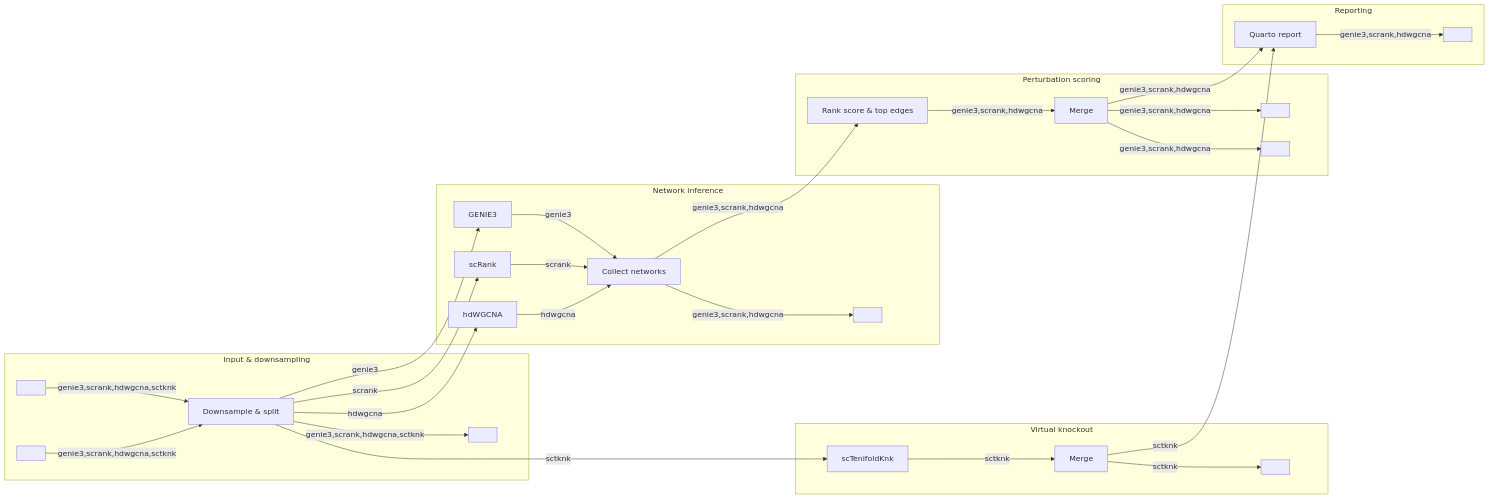
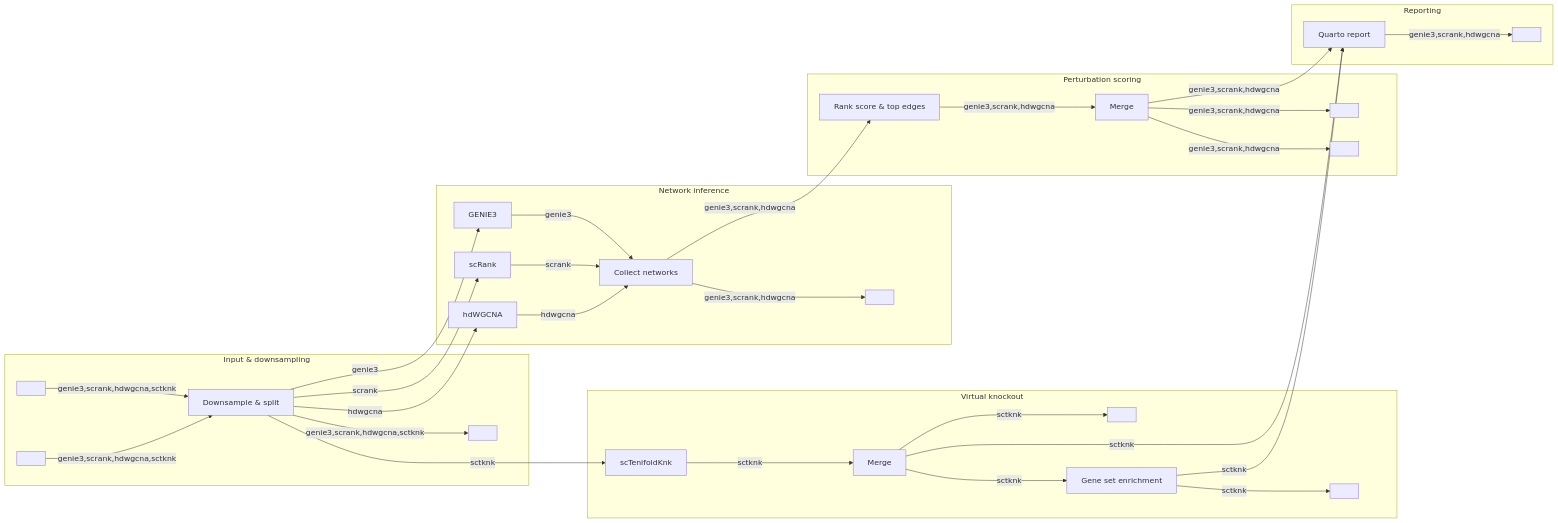
The diagram in docs/netperturb_metro.mmd (MCBLab/NetPerturb), drawn with Mermaid before and after one commit. The commit also changed 25 other files, not shown here.

```diff
--- a/docs/netperturb_metro.mmd
+++ b/docs/netperturb_metro.mmd
@@ -1,132 +1,142 @@
 %%metro title: MCBLab/NetPerturb
 %%metro style: dark
 %%metro legend: bl
 %%metro compact_offsets: true
 
 %% genie3/scrank/hdwgcna are the --network methods and are mutually
 %% exclusive: a run rides exactly one of them end to end. sctknk is not one
 %% of them -- it is its own line, switched on with --sctknk, and runs either
 %% alone (terminating at sctknk_txt) or in parallel with one of the other
-%% three (additionally transferring into that run's report -- the dashed
-%% segment below).
+%% three (additionally transferring into that run's report -- the segment at
+%% the bottom). Its enrichment station runs only when --gsea_gmt is given.
 %%metro line: genie3  | --network genie3            (GENIE3)         | #2db572
 %%metro line: scrank  | --network scrank            (scRank)         | #e6550d
 %%metro line: hdwgcna | --network hdwgcna           (hdWGCNA)        | #756bb1
 %%metro line: sctknk  | --sctknk                    (scTenifoldKnk)  | #0570b0
 
 %% Pipeline inputs (--obj, --target) and published outputs
 %%metro file:  obj_in      | RDS  | --obj
 %%metro file:  targets_in  | TXT  | --target
 %%metro files: net_rds     | RDS  | Network weights
 %%metro file:  score_txt   | TXT  | Scores
 %%metro file:  conn_txt    | TXT  | Top connections
 %%metro file:  sctknk_txt  | TXT  | DR genes
+%%metro file:  gsea_txt    | TXT  | GSEA
 %%metro file:  umap_png    | PNG  | UMAP
 %%metro file:  report_html | HTML | Report
 
 %% Lift published outputs off the track so they hang above it as termini
-%%metro off_track: umap_png, net_rds, score_txt, conn_txt, sctknk_txt
+%%metro off_track: umap_png, net_rds, score_txt, conn_txt, sctknk_txt, gsea_txt
 
 %% Station -> Nextflow process, for `nf-metro serve` live overlays
 %%metro process: downsample    | DOWNSAMPLE
 %%metro process: genie3_net    | GENIE3
 %%metro process: scrank_net    | SCRANK
 %%metro process: hdwgcna_net   | HDWGCNA
 %%metro process: sctenifoldknk | SCTENIFOLDKNK
 %%metro process: rank_score    | RANK_SCORE
 %%metro process: merge         | MERGE
 %%metro process: merge_sctknk  | MERGE_SCTENIFOLDKNK
+%%metro process: gsea          | GSEA_SCTENIFOLDKNK
 %%metro process: report        | REPORT
 
 graph LR
     subgraph input [Input & downsampling]
         %%metro exit: right | genie3, scrank, hdwgcna, sctknk
         obj_in[ ]
         targets_in[ ]
         downsample[Downsample & split]
         umap_png[ ]
 
         obj_in -->|genie3,scrank,hdwgcna,sctknk| downsample
         targets_in -->|genie3,scrank,hdwgcna,sctknk| downsample
         downsample -->|genie3,scrank,hdwgcna,sctknk| umap_png
     end
 
     subgraph inference [Network inference]
         %%metro entry: left | genie3, scrank, hdwgcna
         %%metro exit: right | genie3, scrank, hdwgcna
         genie3_net[GENIE3]
         scrank_net[scRank]
         hdwgcna_net[hdWGCNA]
         collect_nets[Collect networks]
         net_rds[ ]
 
         genie3_net -->|genie3| collect_nets
         scrank_net -->|scrank| collect_nets
         hdwgcna_net -->|hdwgcna| collect_nets
         collect_nets -->|genie3,scrank,hdwgcna| net_rds
     end
 
     subgraph knockout [Virtual knockout]
         %%metro entry: left | sctknk
         %%metro exit: right | sctknk
         %% Target-specific by construction, so this runs once per cell
         %% identity x gene pair rather than once per identity. scTenifoldKnk
         %% knocks out exactly one gene per run, so a ';'-joined target is
         %% split into one knockout per gene, deduplicated across the file.
         sctenifoldknk[scTenifoldKnk]
         merge_sctknk[Merge]
         sctknk_txt[ ]
+        gsea[Gene set enrichment]
+        gsea_txt[ ]
 
         sctenifoldknk -->|sctknk| merge_sctknk
         merge_sctknk -->|sctknk| sctknk_txt
+
+        %% Only with --gsea_gmt: the gene sets come from a file and nothing is
+        %% fetched, so no GMT simply means no enrichment.
+        merge_sctknk -->|sctknk| gsea
+        gsea -->|sctknk| gsea_txt
     end
 
     subgraph scoring [Perturbation scoring]
         %%metro entry: left | genie3, scrank, hdwgcna
         %%metro exit: right | genie3, scrank, hdwgcna
         rank_score[Rank score & top edges]
         merge[Merge]
         score_txt[ ]
         conn_txt[ ]
 
         rank_score -->|genie3,scrank,hdwgcna| merge
         merge -->|genie3,scrank,hdwgcna| score_txt
         merge -->|genie3,scrank,hdwgcna| conn_txt
     end
 
     subgraph reporting [Reporting]
         %%metro entry: left | genie3, scrank, hdwgcna
         report[Quarto report]
         report_html[ ]
 
         report -->|genie3,scrank,hdwgcna| report_html
     end
 
     %% The per-identity objects fan out into whichever method was selected;
     %% sctknk additionally fans out over every knocked-out gene, not shown as
     %% a separate line here since the map tracks pipeline stages, not genes.
     downsample -->|genie3| genie3_net
     downsample -->|scrank| scrank_net
     downsample -->|hdwgcna| hdwgcna_net
     downsample -->|sctknk| sctenifoldknk
 
     %% All per-identity networks are collected and scored against every target.
     collect_nets -->|genie3,scrank,hdwgcna| rank_score
 
     %% Only the merged score table reaches the report. The top-connections
     %% table beside it is published for downstream use and no longer rendered:
     %% its figure was repointed at the knockout networks below. REPORT also
     %% embeds the UMAP published in section 1; that feed is left off the map,
     %% since a section 1 -> section 5 edge would sweep the whole width and read
     %% as a route rather than as the side artefact it is.
     merge -->|genie3,scrank,hdwgcna| report
 
     %% When a --network track is running too, sctknk transfers its DR gene
     %% table into that same report as its last two sections. This leg only runs
     %% in that case -- a --sctknk run with no --network stops at sctknk_txt
     %% above and never reaches report -- but it is drawn as an ordinary segment
     %% because nf-metro's grammar takes only -->, --- and ==>, and discards the
     %% arrow kind anyway: a Mermaid dashed -.-> is dropped with a warning and
     %% the leg disappears from the map entirely, which is what happened here
     %% until now.
     merge_sctknk -->|sctknk| report
+    gsea -->|sctknk| report
```
